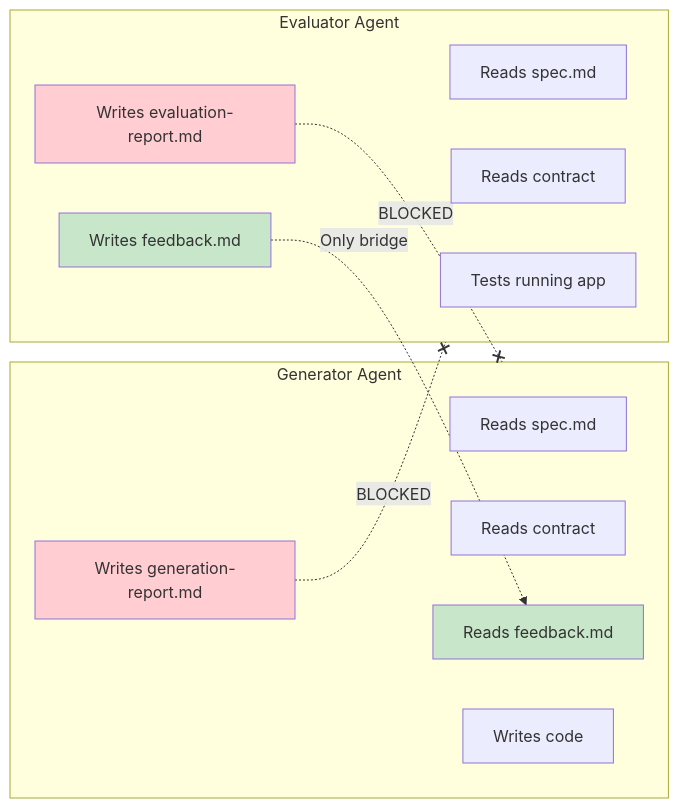
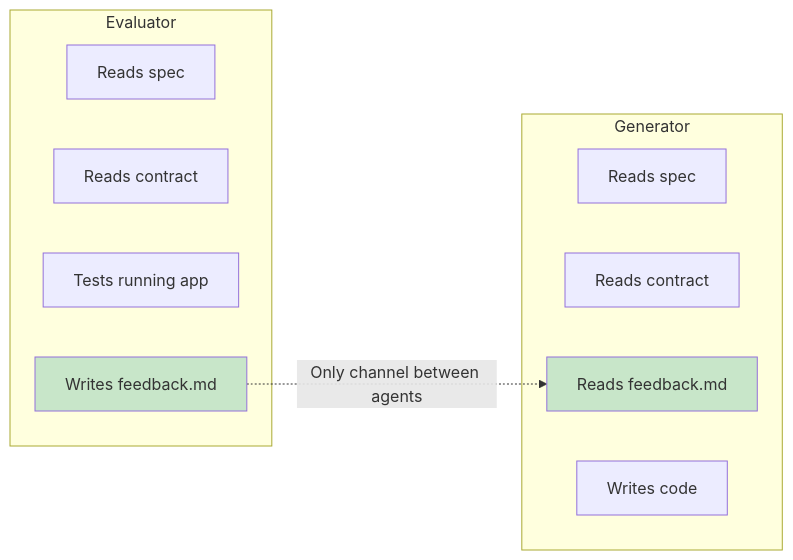
The second of 2 diagrams in README.md (vamgan/claude-harness-builder), drawn with Mermaid before and after one commit. The commit also changed other lines of this file, not shown here.

````diff
--- a/README.md
+++ b/README.md
@@ -60,28 +93,21 @@
 ```mermaid
 flowchart LR
-    subgraph Generator["Generator Agent"]
-        G1[Reads spec.md]
+    subgraph G["Generator"]
+        G1[Reads spec]
         G2[Reads contract]
         G3[Reads feedback.md]
-        G4[Writes generation-report.md]
-        G5[Writes code]
+        G4[Writes code]
     end
 
-    subgraph Evaluator["Evaluator Agent"]
-        E1[Reads spec.md]
+    subgraph E["Evaluator"]
+        E1[Reads spec]
         E2[Reads contract]
         E3[Tests running app]
-        E4[Writes evaluation-report.md]
-        E5[Writes feedback.md]
+        E4[Writes feedback.md]
     end
 
-    E5 -.->|Only bridge| G3
+    E4 -.->|"Only channel between agents"| G3
 
-    G4 -.-x|BLOCKED| Evaluator
-    E4 -.-x|BLOCKED| Generator
-
-    style G4 fill:#ffcdd2
-    style E4 fill:#ffcdd2
-    style E5 fill:#c8e6c9
+    style E4 fill:#c8e6c9
     style G3 fill:#c8e6c9
 ```
````
